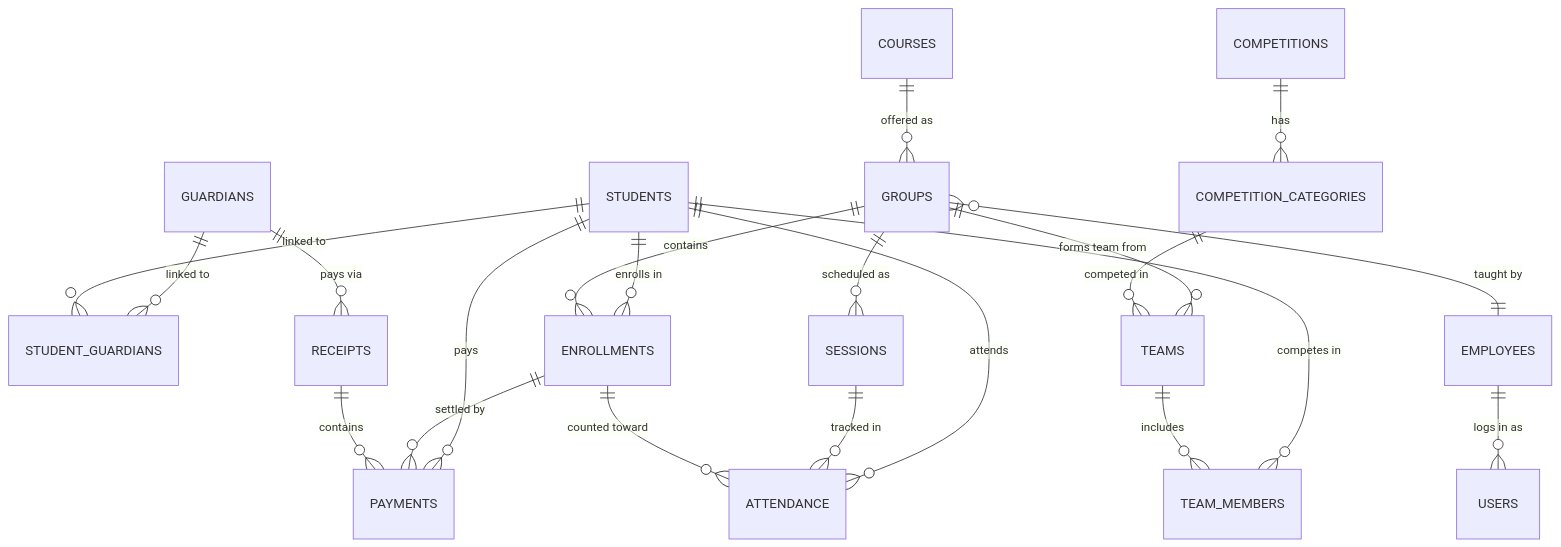
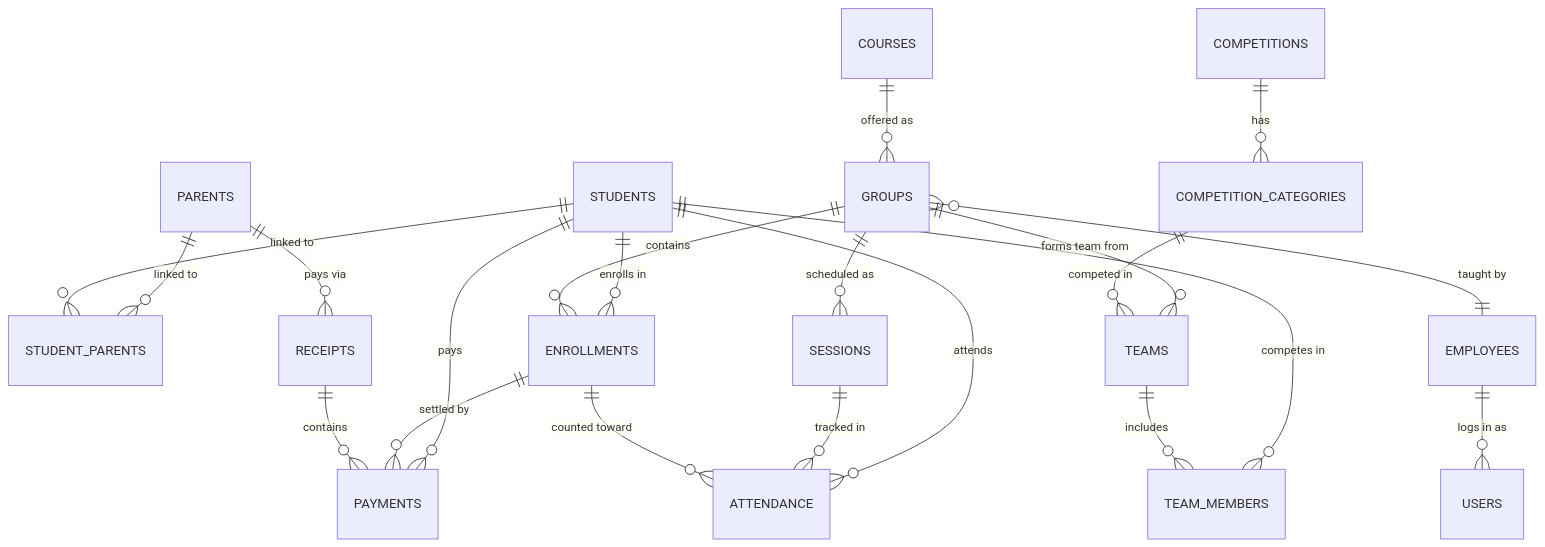
One commit to ibrhmahmd/techno-terminal changed the diagram in docs/memory_bank/02_database_design/database_schema.md. Above: the diagram before and after it, drawn with Mermaid. The commit also changed other lines of this file and 71 other files, not shown here.

````diff
--- a/docs/memory_bank/02_database_design/database_schema.md
+++ b/docs/memory_bank/02_database_design/database_schema.md
@@ -9,30 +9,30 @@
 ```mermaid
 erDiagram
-    GUARDIANS ||--o{ STUDENT_GUARDIANS : "linked to"
-    STUDENTS ||--o{ STUDENT_GUARDIANS : "linked to"
+    PARENTS ||--o{ STUDENT_PARENTS : "linked to"
+    STUDENTS ||--o{ STUDENT_PARENTS : "linked to"
     STUDENTS ||--o{ ENROLLMENTS : "enrolls in"
     STUDENTS ||--o{ ATTENDANCE : "attends"
     STUDENTS ||--o{ TEAM_MEMBERS : "competes in"
     STUDENTS ||--o{ PAYMENTS : "pays"
 
     COURSES ||--o{ GROUPS : "offered as"
 
     GROUPS ||--o{ SESSIONS : "scheduled as"
     GROUPS ||--o{ ENROLLMENTS : "contains"
     GROUPS ||--o{ TEAMS : "forms team from"
     GROUPS }o--|| EMPLOYEES : "taught by"
 
     SESSIONS ||--o{ ATTENDANCE : "tracked in"
 
     ENROLLMENTS ||--o{ ATTENDANCE : "counted toward"
     ENROLLMENTS ||--o{ PAYMENTS : "settled by"
 
-    GUARDIANS ||--o{ RECEIPTS : "pays via"
+    PARENTS ||--o{ RECEIPTS : "pays via"
     RECEIPTS ||--o{ PAYMENTS : "contains"
 
     COMPETITIONS ||--o{ COMPETITION_CATEGORIES : "has"
     COMPETITION_CATEGORIES ||--o{ TEAMS : "competed in"
     TEAMS ||--o{ TEAM_MEMBERS : "includes"
 
     EMPLOYEES ||--o{ USERS : "logs in as"
 ```
````
